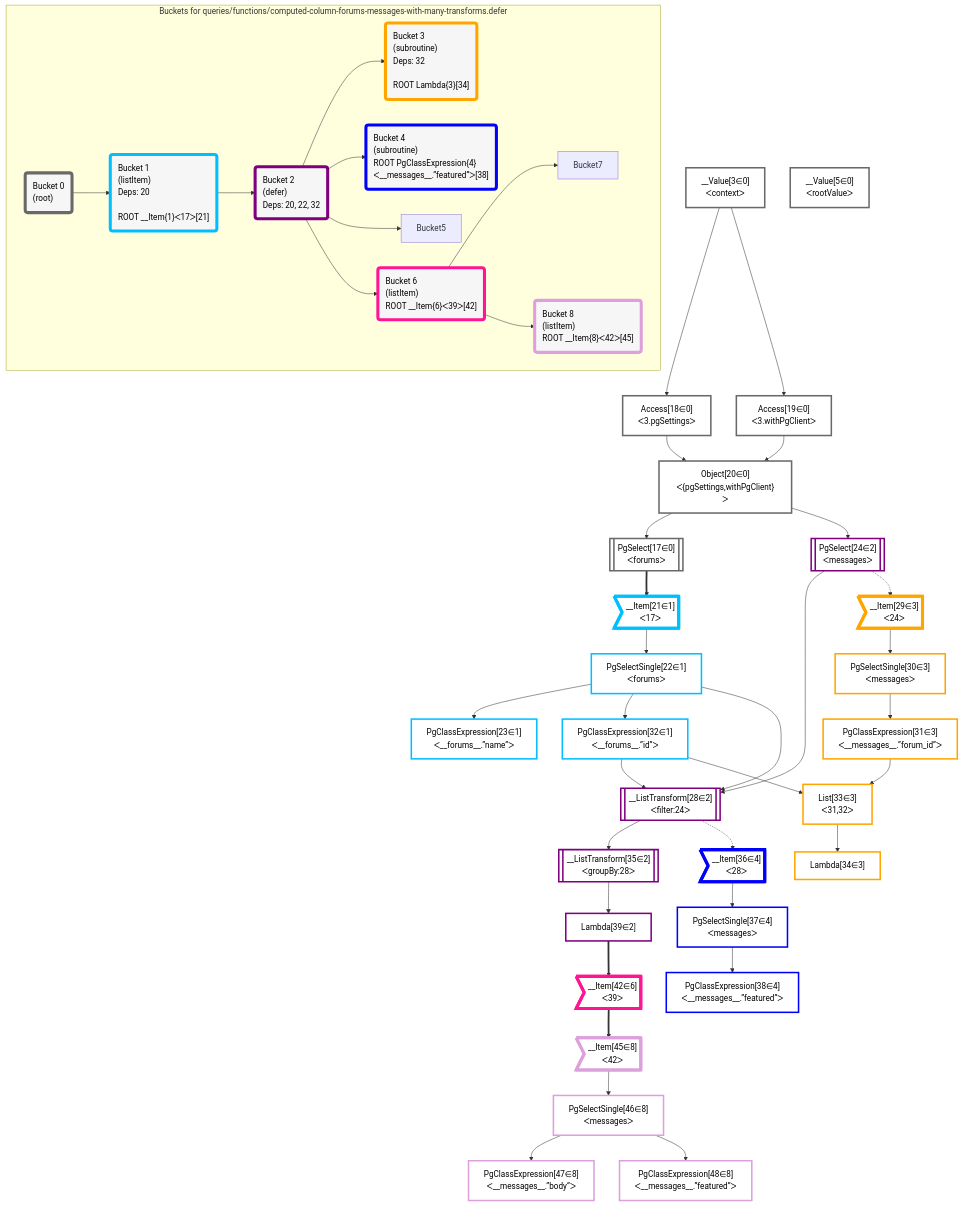
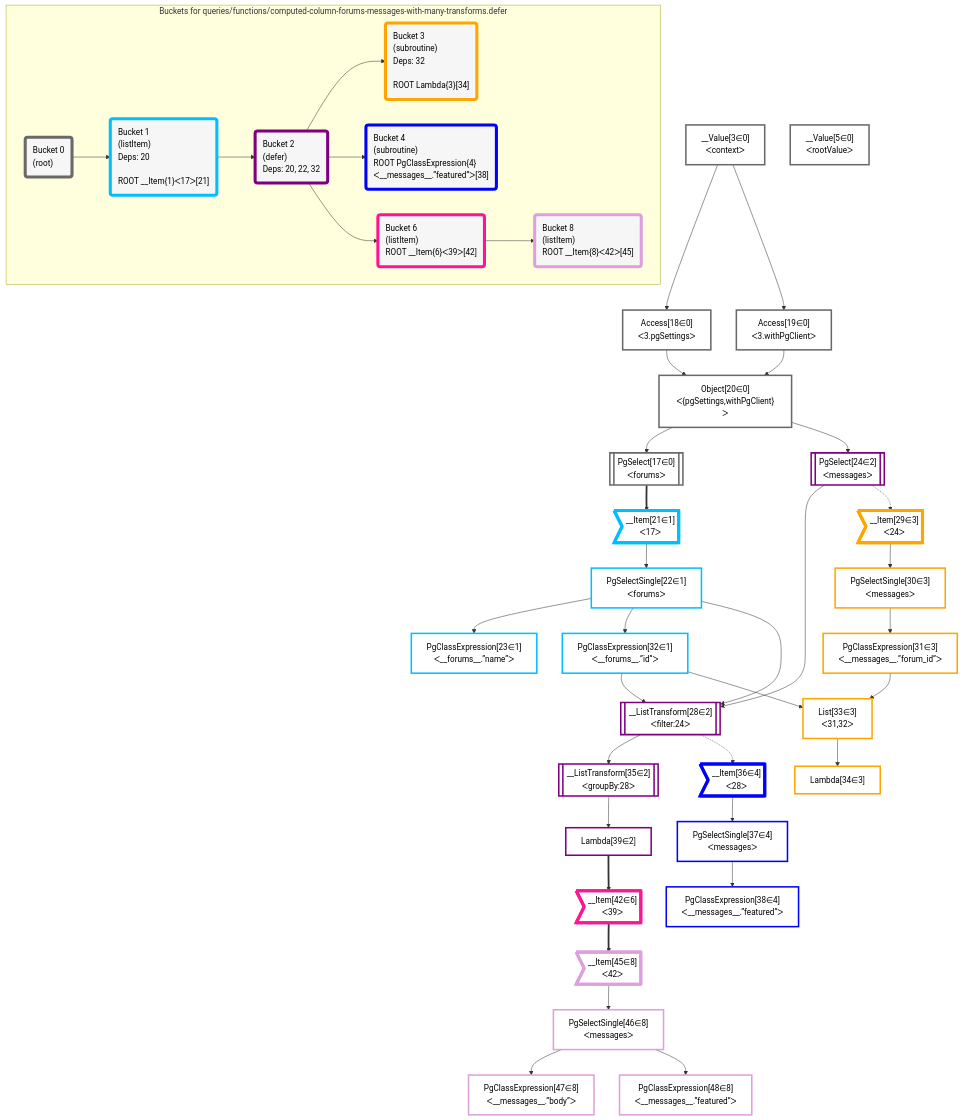
Before and after one commit to graphile/crystal: the diagram in grafast/dataplan-pg/__tests__/queries/functions/computed-column-forums-messages-with-many-transforms.defer.mermaid, drawn with Mermaid. The commit also changed 4 other files, not shown here.

```diff
--- a/grafast/dataplan-pg/__tests__/queries/functions/computed-column-forums-messages-with-many-transforms.defer.mermaid
+++ b/grafast/dataplan-pg/__tests__/queries/functions/computed-column-forums-messages-with-many-transforms.defer.mermaid
@@ -1,91 +1,91 @@
 graph TD
     classDef path fill:#eee,stroke:#000,color:#000
     classDef plan fill:#fff,stroke-width:3px,color:#000
     classDef itemplan fill:#fff,stroke-width:6px,color:#000
     classDef sideeffectplan fill:#f00,stroke-width:6px,color:#000
     classDef bucket fill:#f6f6f6,color:#000,stroke-width:6px,text-align:left
 
 
     %% define steps
     __Value3["__Value[3∈0]<br />ᐸcontextᐳ"]:::plan
     __Value5["__Value[5∈0]<br />ᐸrootValueᐳ"]:::plan
     Access18["Access[18∈0]<br />ᐸ3.pgSettingsᐳ"]:::plan
     Access19["Access[19∈0]<br />ᐸ3.withPgClientᐳ"]:::plan
     Object20["Object[20∈0]<br />ᐸ{pgSettings,withPgClient}ᐳ"]:::plan
     PgSelect17[["PgSelect[17∈0]<br />ᐸforumsᐳ"]]:::plan
     __Item21>"__Item[21∈1]<br />ᐸ17ᐳ"]:::itemplan
     PgSelectSingle22["PgSelectSingle[22∈1]<br />ᐸforumsᐳ"]:::plan
     PgClassExpression23["PgClassExpression[23∈1]<br />ᐸ__forums__.”name”ᐳ"]:::plan
     PgSelect24[["PgSelect[24∈2]<br />ᐸmessagesᐳ"]]:::plan
     PgClassExpression32["PgClassExpression[32∈1]<br />ᐸ__forums__.”id”ᐳ"]:::plan
     __ListTransform28[["__ListTransform[28∈2]<br />ᐸfilter:24ᐳ"]]:::plan
     __Item29>"__Item[29∈3]<br />ᐸ24ᐳ"]:::itemplan
     PgSelectSingle30["PgSelectSingle[30∈3]<br />ᐸmessagesᐳ"]:::plan
     PgClassExpression31["PgClassExpression[31∈3]<br />ᐸ__messages__.”forum_id”ᐳ"]:::plan
     List33["List[33∈3]<br />ᐸ31,32ᐳ"]:::plan
     Lambda34["Lambda[34∈3]"]:::plan
     __ListTransform35[["__ListTransform[35∈2]<br />ᐸgroupBy:28ᐳ"]]:::plan
     __Item36>"__Item[36∈4]<br />ᐸ28ᐳ"]:::itemplan
     PgSelectSingle37["PgSelectSingle[37∈4]<br />ᐸmessagesᐳ"]:::plan
     PgClassExpression38["PgClassExpression[38∈4]<br />ᐸ__messages__.”featured”ᐳ"]:::plan
     Lambda39["Lambda[39∈2]"]:::plan
     __Item42>"__Item[42∈6]<br />ᐸ39ᐳ"]:::itemplan
     __Item45>"__Item[45∈8]<br />ᐸ42ᐳ"]:::itemplan
     PgSelectSingle46["PgSelectSingle[46∈8]<br />ᐸmessagesᐳ"]:::plan
     PgClassExpression47["PgClassExpression[47∈8]<br />ᐸ__messages__.”body”ᐳ"]:::plan
     PgClassExpression48["PgClassExpression[48∈8]<br />ᐸ__messages__.”featured”ᐳ"]:::plan
 
     %% plan dependencies
     __Value3 --> Access18
     __Value3 --> Access19
     Access18 & Access19 --> Object20
     Object20 --> PgSelect17
     PgSelect17 ==> __Item21
     __Item21 --> PgSelectSingle22
     PgSelectSingle22 --> PgClassExpression23
     Object20 --> PgSelect24
     PgSelectSingle22 --> PgClassExpression32
     PgSelect24 & PgSelectSingle22 & PgClassExpression32 --> __ListTransform28
     PgSelect24 -.-> __Item29
     __Item29 --> PgSelectSingle30
     PgSelectSingle30 --> PgClassExpression31
     PgClassExpression31 & PgClassExpression32 --> List33
     List33 --> Lambda34
     __ListTransform28 --> __ListTransform35
     __ListTransform28 -.-> __Item36
     __Item36 --> PgSelectSingle37
     PgSelectSingle37 --> PgClassExpression38
     __ListTransform35 --> Lambda39
     Lambda39 ==> __Item42
     __Item42 ==> __Item45
     __Item45 --> PgSelectSingle46
     PgSelectSingle46 --> PgClassExpression47
     PgSelectSingle46 --> PgClassExpression48
 
     subgraph "Buckets for queries/functions/computed-column-forums-messages-with-many-transforms.defer"
     Bucket0("Bucket 0<br />(root)"):::bucket
     classDef bucket0 stroke:#696969
     class Bucket0,__Value3,__Value5,PgSelect17,Access18,Access19,Object20 bucket0
     Bucket1("Bucket 1<br />(listItem)<br />Deps: 20<br /><br />ROOT __Item{1}ᐸ17ᐳ[21]"):::bucket
     classDef bucket1 stroke:#00bfff
     class Bucket1,__Item21,PgSelectSingle22,PgClassExpression23,PgClassExpression32 bucket1
     Bucket2("Bucket 2<br />(defer)<br />Deps: 20, 22, 32"):::bucket
     classDef bucket2 stroke:#7f007f
     class Bucket2,PgSelect24,__ListTransform28,__ListTransform35,Lambda39 bucket2
     Bucket3("Bucket 3<br />(subroutine)<br />Deps: 32<br /><br />ROOT Lambda{3}[34]"):::bucket
     classDef bucket3 stroke:#ffa500
     class Bucket3,__Item29,PgSelectSingle30,PgClassExpression31,List33,Lambda34 bucket3
     Bucket4("Bucket 4<br />(subroutine)<br />ROOT PgClassExpression{4}ᐸ__messages__.”featured”ᐳ[38]"):::bucket
     classDef bucket4 stroke:#0000ff
     class Bucket4,__Item36,PgSelectSingle37,PgClassExpression38 bucket4
     Bucket6("Bucket 6<br />(listItem)<br />ROOT __Item{6}ᐸ39ᐳ[42]"):::bucket
     classDef bucket6 stroke:#ff1493
     class Bucket6,__Item42 bucket6
     Bucket8("Bucket 8<br />(listItem)<br />ROOT __Item{8}ᐸ42ᐳ[45]"):::bucket
     classDef bucket8 stroke:#dda0dd
     class Bucket8,__Item45,PgSelectSingle46,PgClassExpression47,PgClassExpression48 bucket8
     Bucket0 --> Bucket1
     Bucket1 --> Bucket2
-    Bucket2 --> Bucket3 & Bucket4 & Bucket5 & Bucket6
-    Bucket6 --> Bucket7 & Bucket8
+    Bucket2 --> Bucket3 & Bucket4 & Bucket6
+    Bucket6 --> Bucket8
     end
```
